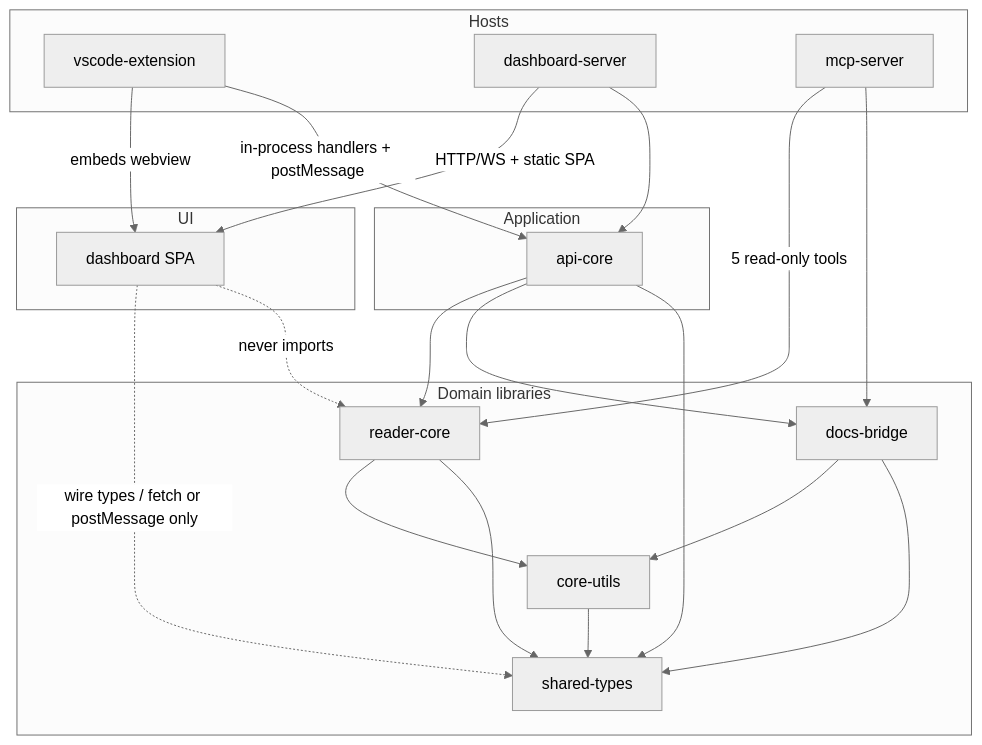
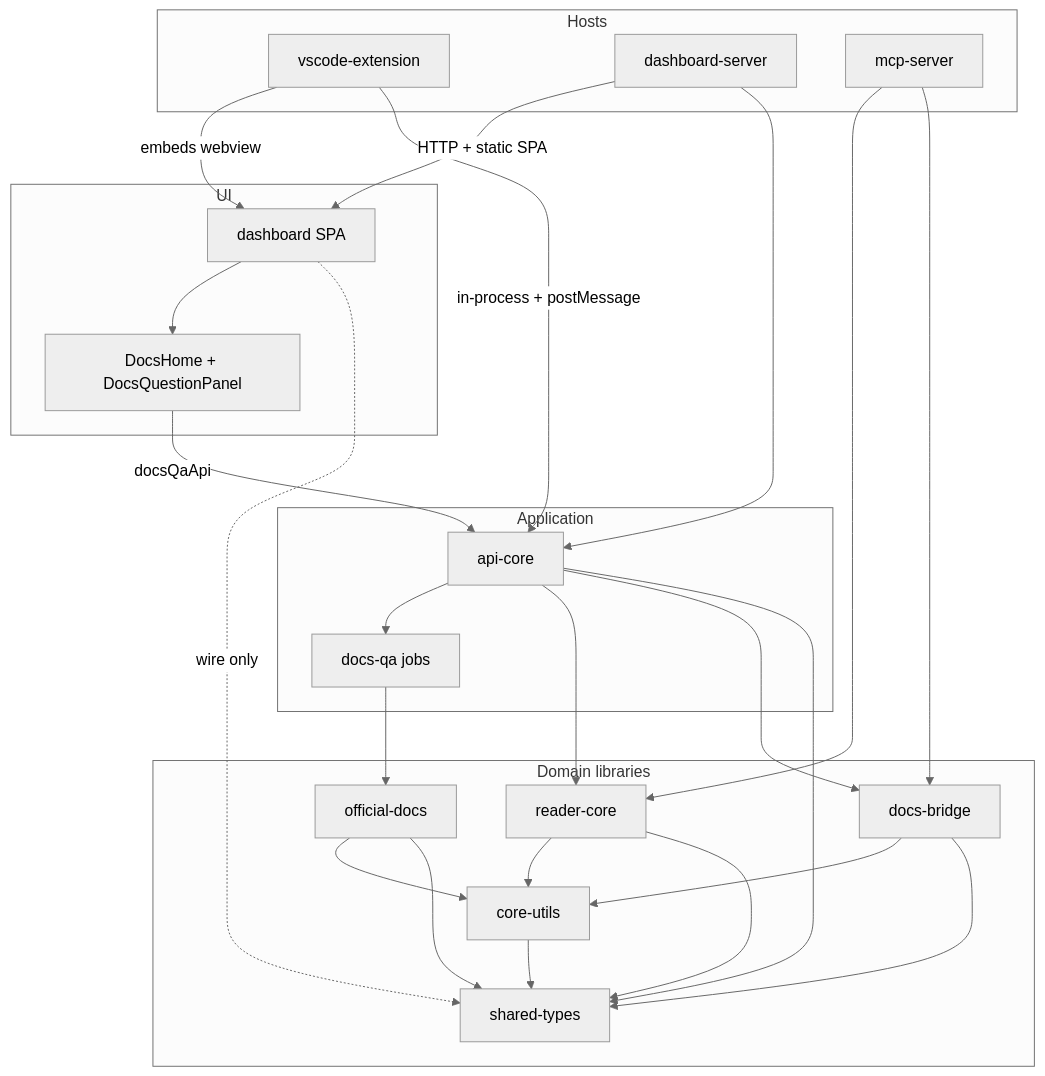
One commit to otomatty/aidlc-guide changed the first of 2 diagrams in aidlc/spaces/default/codekb/aidlc-guide/architecture.md. Above: the diagram before and after it, drawn with Mermaid (neutral theme). The commit also changed other lines of this file and 122 other files, not shown here.

````diff
--- a/aidlc/spaces/default/codekb/aidlc-guide/architecture.md
+++ b/aidlc/spaces/default/codekb/aidlc-guide/architecture.md
@@ -34,42 +28,49 @@
 ```mermaid
 flowchart TB
   subgraph hosts [Hosts]
     VSX[vscode-extension]
     DSRV[dashboard-server]
     MCP[mcp-server]
   end
 
   subgraph ui [UI]
     DASH[dashboard SPA]
+    DocsHome[DocsHome + DocsQuestionPanel]
   end
 
   subgraph app [Application]
     API[api-core]
+    DocsQa[docs-qa jobs]
   end
 
   subgraph domain [Domain libraries]
+    OD[official-docs]
     RC[reader-core]
     DB[docs-bridge]
     CU[core-utils]
     ST[shared-types]
   end
 
   VSX -->|embeds webview| DASH
-  VSX -->|in-process handlers + postMessage| API
-  DSRV -->|HTTP/WS + static SPA| DASH
+  VSX -->|in-process + postMessage| API
+  DSRV -->|HTTP + static SPA| DASH
   DSRV --> API
-  MCP -->|5 read-only tools| RC
+  MCP --> RC
   MCP --> DB
 
-  DASH -.->|wire types / fetch or postMessage only| ST
-  DASH -.->|never imports| RC
-
+  DASH --> DocsHome
+  DocsHome -->|docsQaApi| API
+  API --> DocsQa
+  DocsQa --> OD
   API --> RC
   API --> DB
   API --> ST
+  OD --> CU
+  OD --> ST
   RC --> CU
   RC --> ST
   DB --> CU
   DB --> ST
   CU --> ST
+  DASH -.->|wire only| ST
 ```
````
